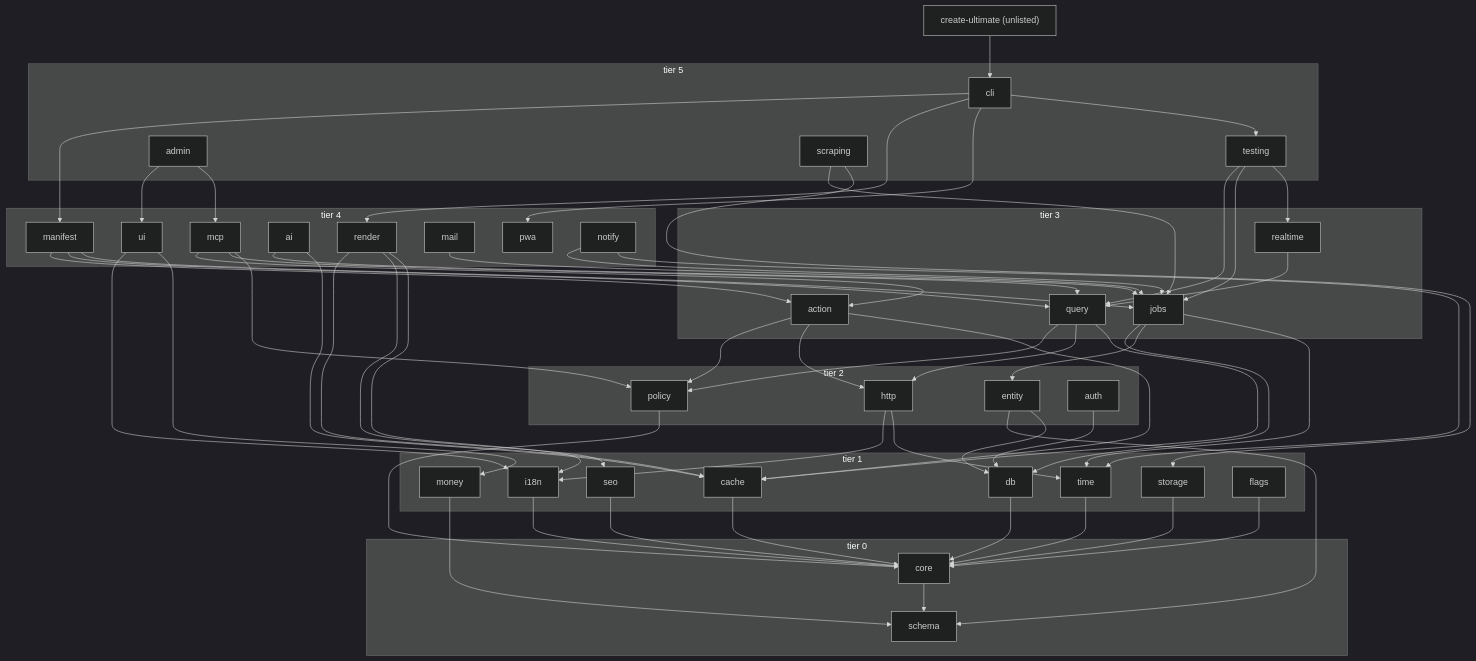
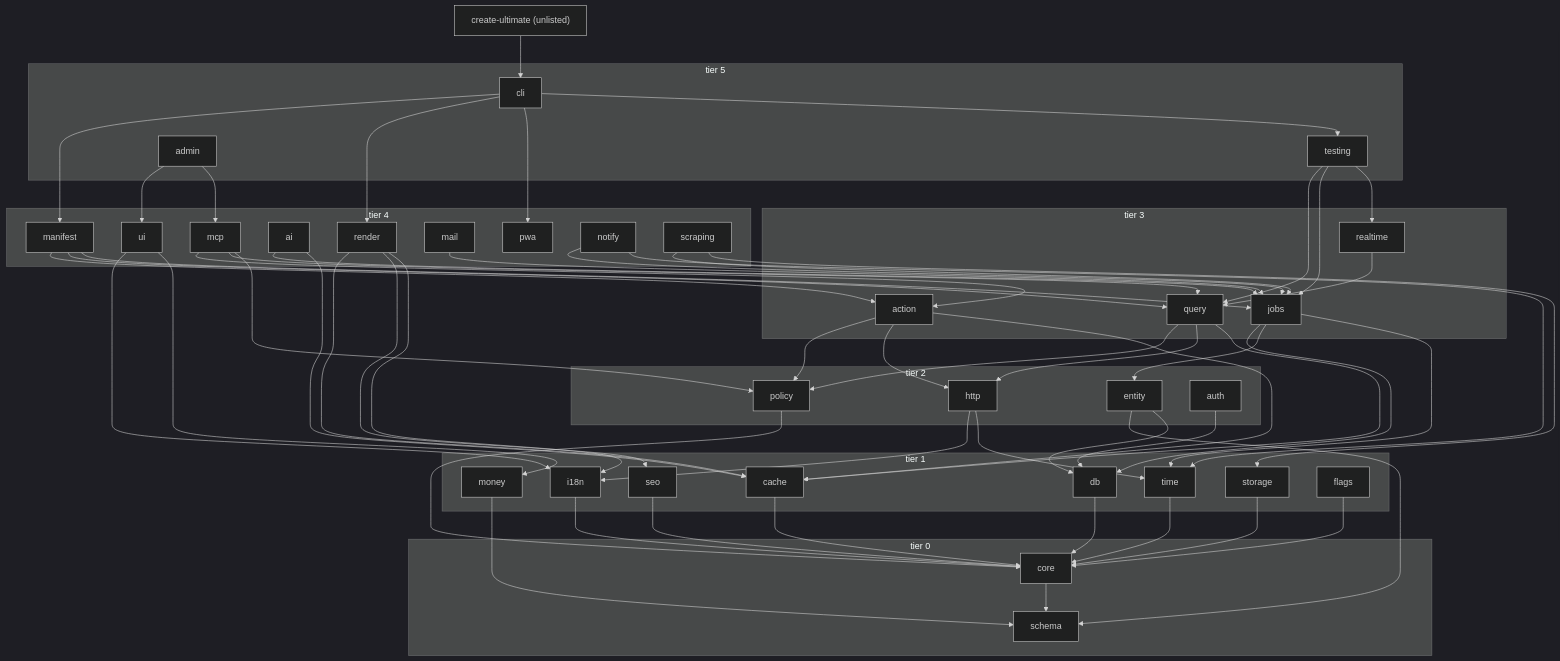
The diagram in docs/architecture/01-package-map.md (developerz-ai/ultimate), drawn with Mermaid (dark theme) before and after one commit. The commit also changed other lines of this file and 250 other files, not shown here.

````diff
--- a/docs/architecture/01-package-map.md
+++ b/docs/architecture/01-package-map.md
@@ -109,82 +109,82 @@
 ```mermaid
 graph TD
   create-ultimate["create-ultimate (unlisted)"]
   subgraph T5["tier 5"]
-    cli; testing; admin; scraping
+    cli; testing; admin
   end
   subgraph T4["tier 4"]
-    render; pwa; mcp; ai; manifest; mail; ui; notify
+    render; pwa; mcp; ai; manifest; mail; ui; notify; scraping
   end
   subgraph T3["tier 3"]
     action; query; jobs; realtime
   end
   subgraph T2["tier 2"]
     entity; policy; http; auth
   end
   subgraph T1["tier 1"]
     i18n; money; time; cache; seo; db; storage; flags
   end
   subgraph T0["tier 0"]
     core; schema
   end
 
   create-ultimate --> cli
 
   cli --> manifest
   cli --> render
   cli --> pwa
   cli --> testing
   testing --> query
   testing --> jobs
   testing --> realtime
   admin --> ui
   admin --> mcp
   scraping --> jobs
   scraping --> storage
 
   render --> cache
   render --> seo
   render --> i18n
   ui --> i18n
   ui --> money
   mcp --> action
   mcp --> query
   mcp --> policy
   ai --> jobs
   ai --> cache
   manifest --> action
   manifest --> query
   manifest --> jobs
   mail --> jobs
   notify --> jobs
   notify --> time
 
   action --> policy
   action --> http
   action --> cache
   query --> policy
   query --> http
   query --> cache
   jobs --> db
   jobs --> entity
   jobs --> time
   realtime --> query
 
   entity --> schema
   entity --> db
   auth --> db
   db --> core
   storage --> core
   flags --> core
   policy --> core
   http --> i18n
   http --> time
   cache --> core
   seo --> core
 
   i18n --> core
   money --> schema
   time --> core
 
   core --> schema
 ```
````
